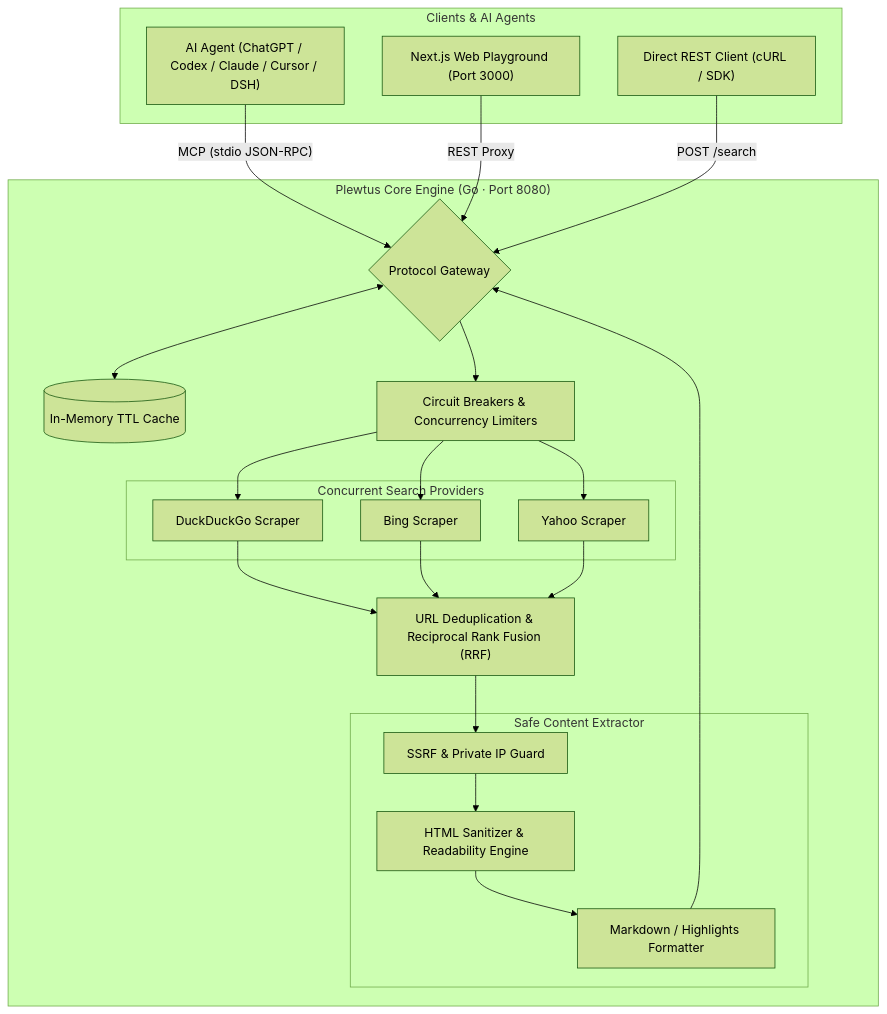
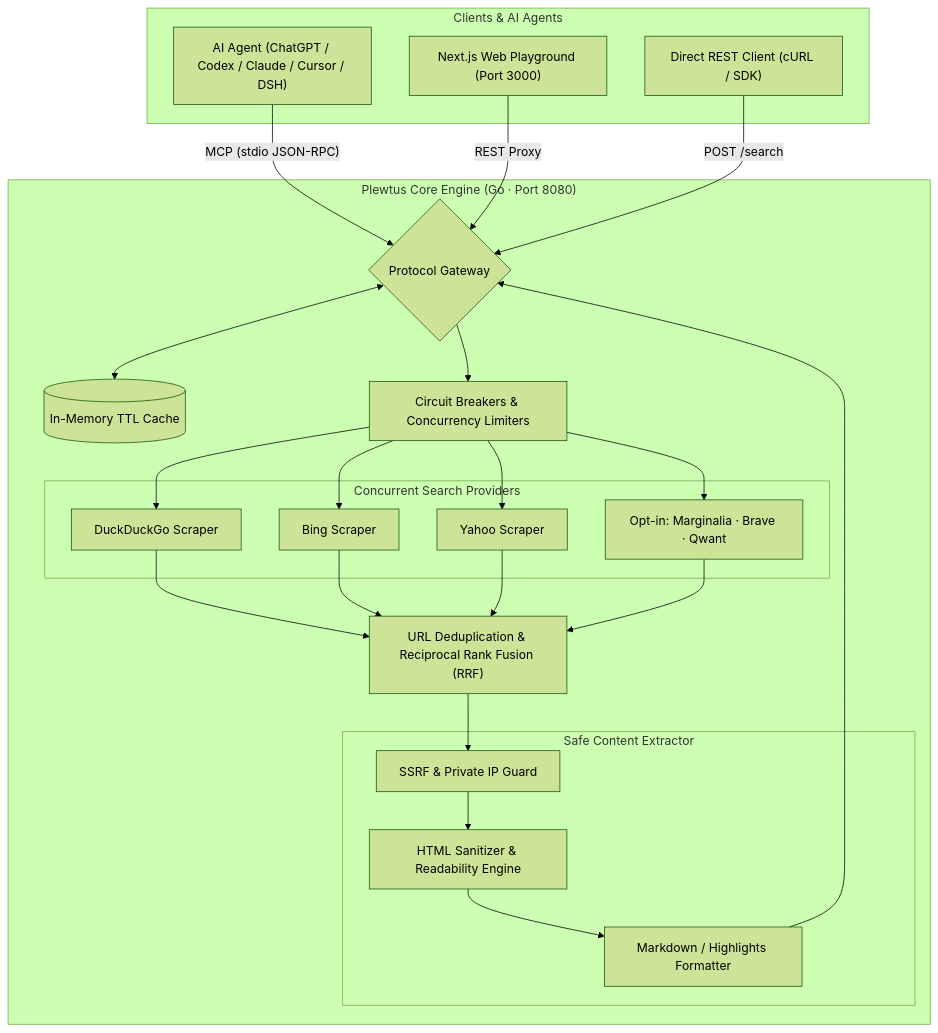
One commit to 7Eshaan/Plewtus changed the diagram in README.md. Above: the diagram before and after it, drawn with Mermaid (forest theme). The commit also changed other lines of this file and 9 other files, not shown here.

````diff
--- a/README.md
+++ b/README.md
@@ -37,39 +37,40 @@
 ```mermaid
 flowchart TD
     subgraph Clients["Clients & AI Agents"]
         Agent["AI Agent (ChatGPT / Codex / Claude / Cursor / DSH)"]
         Playground["Next.js Web Playground (Port 3000)"]
         APIClient["Direct REST Client (cURL / SDK)"]
     end
 
     subgraph PlewtusEngine["Plewtus Core Engine (Go · Port 8080)"]
         Router{"Protocol Gateway"}
         Cache[("In-Memory TTL Cache")]
         Breakers["Circuit Breakers & Concurrency Limiters"]
         
         subgraph Providers["Concurrent Search Providers"]
             DDG["DuckDuckGo Scraper"]
             Bing["Bing Scraper"]
             Yahoo["Yahoo Scraper"]
+            OptIn["Opt-in: Marginalia · Brave · Qwant"]
         end
 
         Fusion["URL Deduplication & Reciprocal Rank Fusion (RRF)"]
         
         subgraph Extractor["Safe Content Extractor"]
             SSRF["SSRF & Private IP Guard"]
             Sanitize["HTML Sanitizer & Readability Engine"]
             Formatter["Markdown / Highlights Formatter"]
         end
     end
 
     Agent -- "MCP (stdio JSON-RPC)" --> Router
     Playground -- "REST Proxy" --> Router
     APIClient -- "POST /search" --> Router
 
     Router <--> Cache
     Router --> Breakers
-    Breakers --> DDG & Bing & Yahoo
-    DDG & Bing & Yahoo --> Fusion
+    Breakers --> DDG & Bing & Yahoo & OptIn
+    DDG & Bing & Yahoo & OptIn --> Fusion
     Fusion --> SSRF --> Sanitize --> Formatter
     Formatter --> Router
 ```
````
